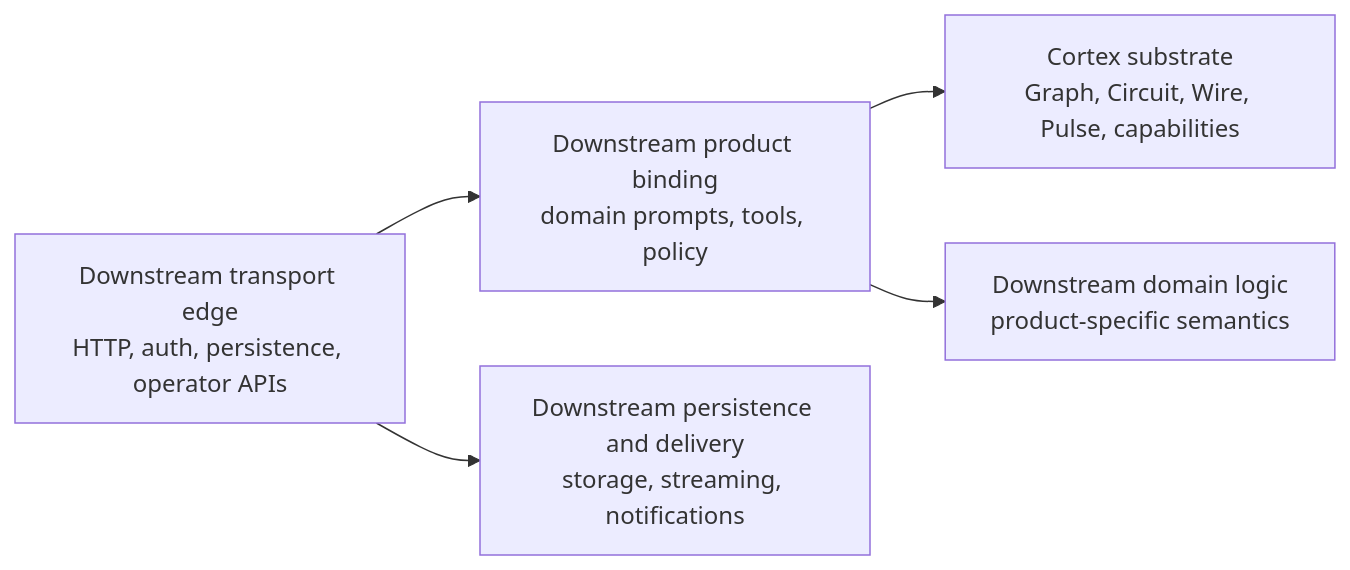
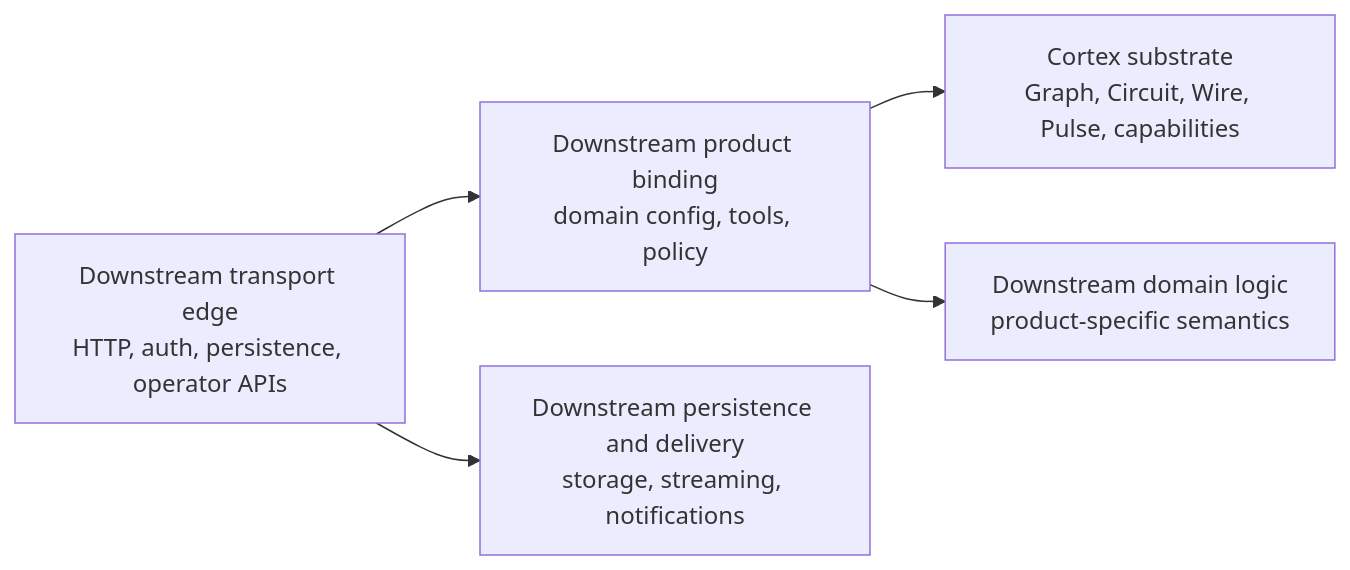
One commit to Digimuoto/cortex changed the diagram in docs/Architecture/01-overview.md. Above: the diagram before and after it, drawn with Mermaid. The commit also changed other lines of this file and 207 other files, not shown here.

````diff
--- a/docs/Architecture/01-overview.md
+++ b/docs/Architecture/01-overview.md
@@ -60,8 +60,8 @@
 ```mermaid
 flowchart LR
-    T[Downstream transport edge<br/>HTTP, auth, persistence, operator APIs] --> B[Downstream product binding<br/>domain prompts, tools, policy]
+    T[Downstream transport edge<br/>HTTP, auth, persistence, operator APIs] --> B[Downstream product binding<br/>domain config, tools, policy]
     B --> X[Cortex substrate<br/>Graph, Circuit, Wire, Pulse, capabilities]
 
     B --> D[Downstream domain logic<br/>product-specific semantics]
     T --> P[Downstream persistence and delivery<br/>storage, streaming, notifications]
 ```
````
